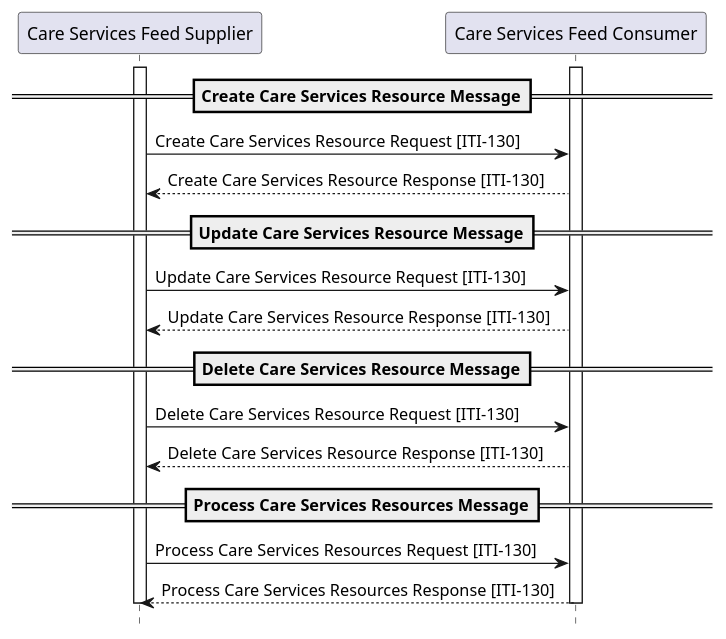
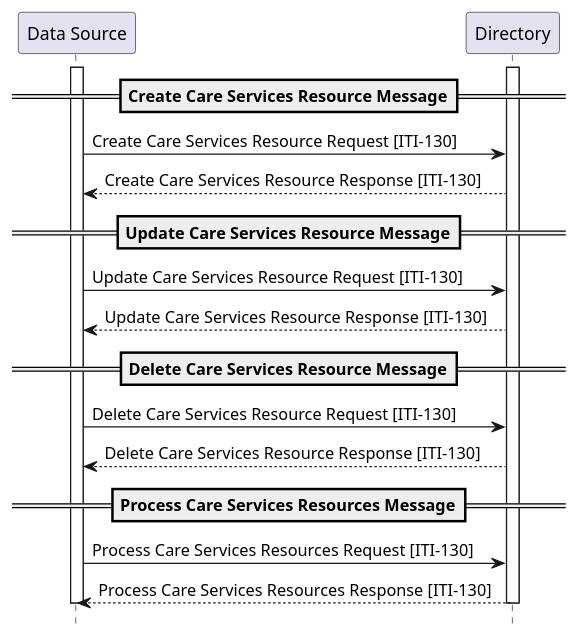
Before and after one commit to IHE/ITI.mCSD: the diagram in input/images-source/ITI-130-seq.plantuml, drawn with PlantUML. The commit also changed 9 other files, not shown here.

Commit message:
Updated transaction and use case diagrams for the new actor names.

```diff
--- a/input/images-source/ITI-130-seq.plantuml
+++ b/input/images-source/ITI-130-seq.plantuml
@@ -1,21 +1,21 @@
 @startuml
 hide footbox
-participant "Care Services Feed Supplier" as Client
-participant "Care Services Feed Consumer" as Server
+participant "Data Source" as Client
+participant "Directory" as Server
 activate Client
 activate Server
 ==Create Care Services Resource Message==
 Client -> Server : Create Care Services Resource Request [ITI-130]
 Server --> Client : Create Care Services Resource Response [ITI-130]
 ==Update Care Services Resource Message==
 Client -> Server : Update Care Services Resource Request [ITI-130]
 Server --> Client : Update Care Services Resource Response [ITI-130]
 ==Delete Care Services Resource Message==
 Client -> Server : Delete Care Services Resource Request [ITI-130]
 Server --> Client : Delete Care Services Resource Response [ITI-130]
 ==Process Care Services Resources Message==
 Client -> Server : Process Care Services Resources Request [ITI-130]
 Server --> Client : Process Care Services Resources Response [ITI-130]
 deactivate Client
 deactivate Server
 @enduml
```
